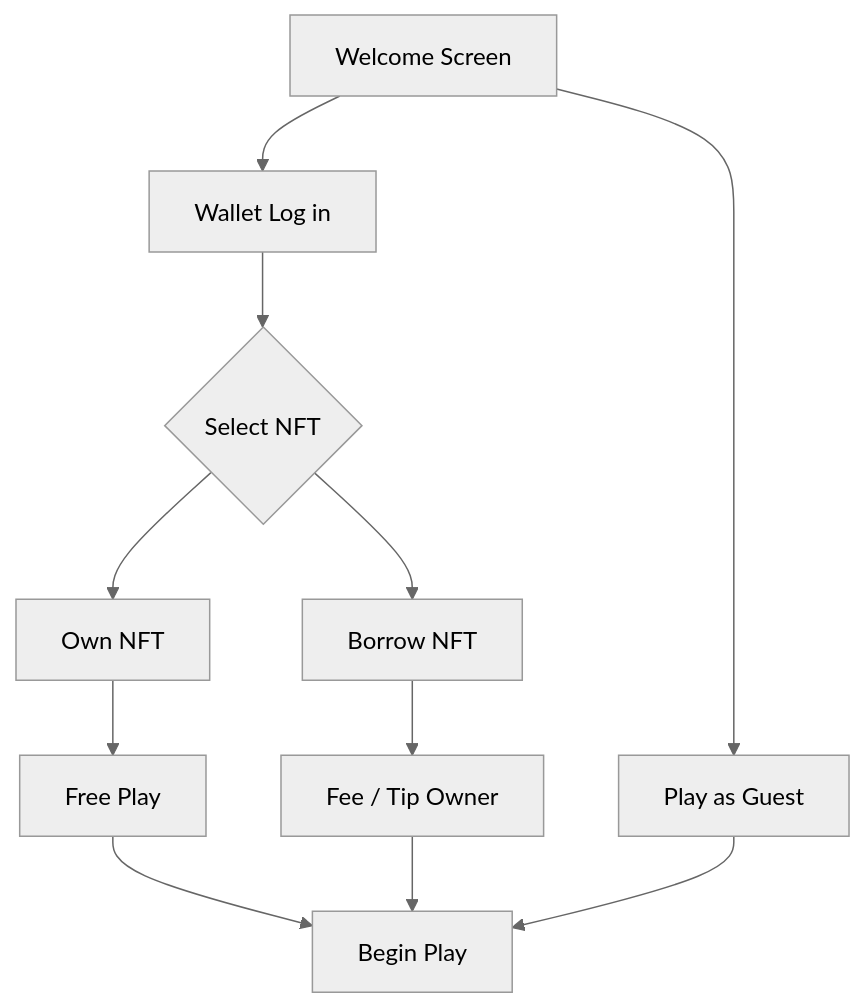
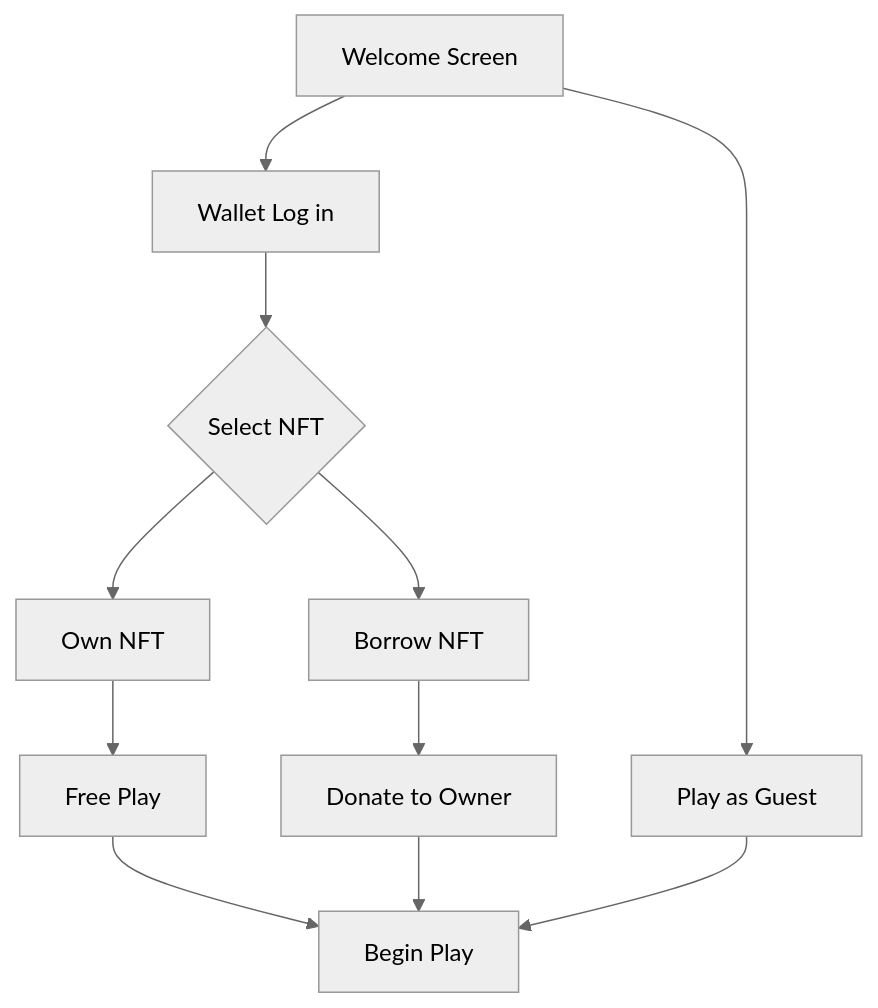
Before and after one commit to OnChainSurvivor/OnChainSurvivor: the second of 4 diagrams in README.md, drawn with Mermaid (neutral theme). The commit also changed other lines of this file, not shown here.

````diff
--- a/README.md
+++ b/README.md
@@ -121,13 +121,13 @@
   ```mermaid
   graph TD
 A[Welcome Screen] --> B[Wallet Log in]
 A --> C[Play as Guest]
 B --> D{Select NFT}
 D --> E[Own NFT]
 D --> F[Borrow NFT]
 E --> G[Free Play]
-F --> H[Fee / Tip Owner]
+F --> H[Donate to Owner]
 G --> I[Begin Play]
 H --> I
 C --> I
 ```
````
